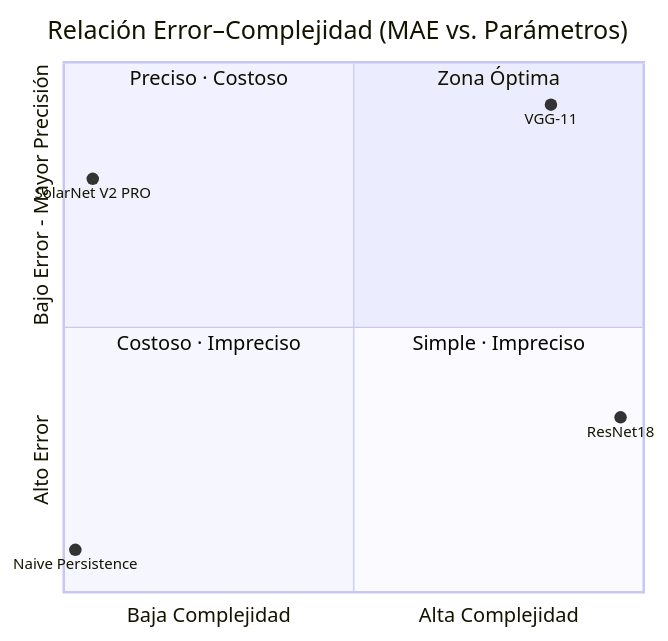
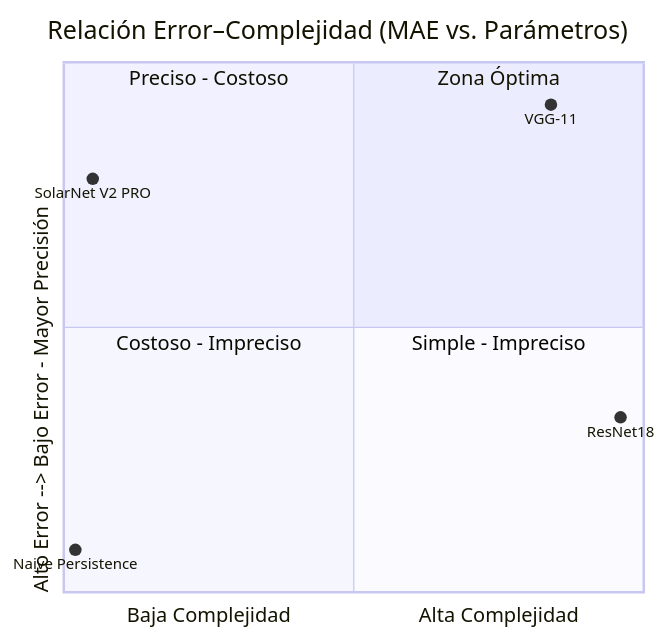
One commit to Alehcs/auralis changed the diagram in RESEARCH_DOSSIER_MASTER.md. Above: the diagram before and after it, drawn with Mermaid.

Commit message:
fix2 in dossier

````diff
--- a/RESEARCH_DOSSIER_MASTER.md
+++ b/RESEARCH_DOSSIER_MASTER.md
@@ -421,14 +421,14 @@
 ```mermaid
 quadrantChart
     title Relación Error–Complejidad (MAE vs. Parámetros)
     x-axis Baja Complejidad --> Alta Complejidad
-    y-axis Alto Error --> Bajo Error - Mayor Precisión
+    y-axis "Alto Error --> Bajo Error - Mayor Precisión"
     quadrant-1 Zona Óptima
-    quadrant-2 Preciso · Costoso
-    quadrant-3 Costoso · Impreciso
-    quadrant-4 Simple · Impreciso
+    quadrant-2 Preciso - Costoso
+    quadrant-3 Costoso - Impreciso
+    quadrant-4 Simple - Impreciso
     Naive Persistence: [0.02, 0.08]
     SolarNet V2 PRO: [0.05, 0.78]
     VGG-11: [0.84, 0.92]
     ResNet18: [0.96, 0.33]
 ```
````
